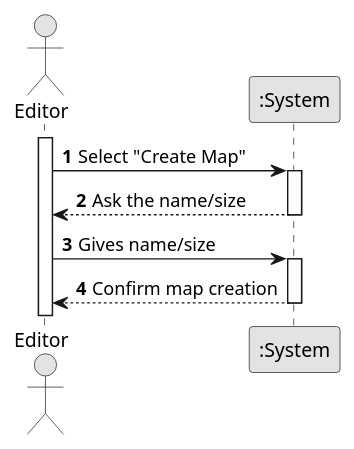
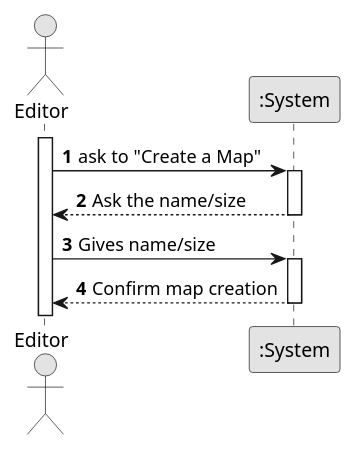
The diagram in docs/system-documentation/US001/01.requirements-engineering/puml/US001_CreateMap.puml (1240826/empire-on-tracks), drawn with PlantUML before and after one commit. The commit also changed 6 other files, not shown here.

```diff
--- a/docs/system-documentation/US001/01.requirements-engineering/puml/US001_CreateMap.puml
+++ b/docs/system-documentation/US001/01.requirements-engineering/puml/US001_CreateMap.puml
@@ -1,25 +1,25 @@
 @startuml
 skinparam monochrome true
 skinparam packageStyle rectangle
 skinparam shadowing false
 
 autonumber
 
 actor "Editor" as Employee
 participant ":System" as System
 
 activate Employee
 
-    Employee -> System : Select "Create Map"
+    Employee -> System : ask to "Create a Map"
     activate System
 
         System --> Employee : Ask the name/size
     deactivate System
 
     Employee -> System : Gives name/size
     activate System
 
         System --> Employee : Confirm map creation
     deactivate System
 
 @enduml
```
